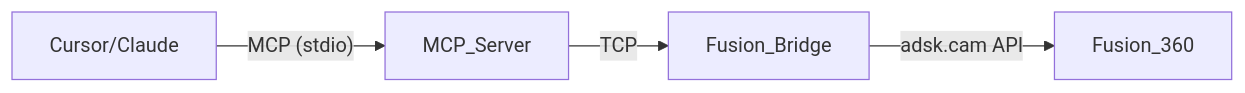
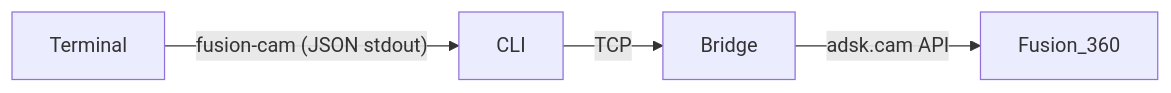
The diagram in README.md (BJam/fusion-cam-mcp), drawn with Mermaid before and after one commit. The commit also changed other lines of this file and 50 other files, not shown here.

Commit message:
convert from mcp to cli

````diff
--- a/README.md
+++ b/README.md
@@ -22,6 +16,6 @@
 ```mermaid
 flowchart LR
-    Cursor/Claude -->|"MCP (stdio)"| MCP_Server
-    MCP_Server -->|TCP| Fusion_Bridge
-    Fusion_Bridge -->|"adsk.cam API"| Fusion_360
+    Terminal -->|"fusion-cam (JSON stdout)"| CLI
+    CLI -->|"TCP"| Bridge
+    Bridge -->|"adsk.cam API"| Fusion_360
 ```
````
